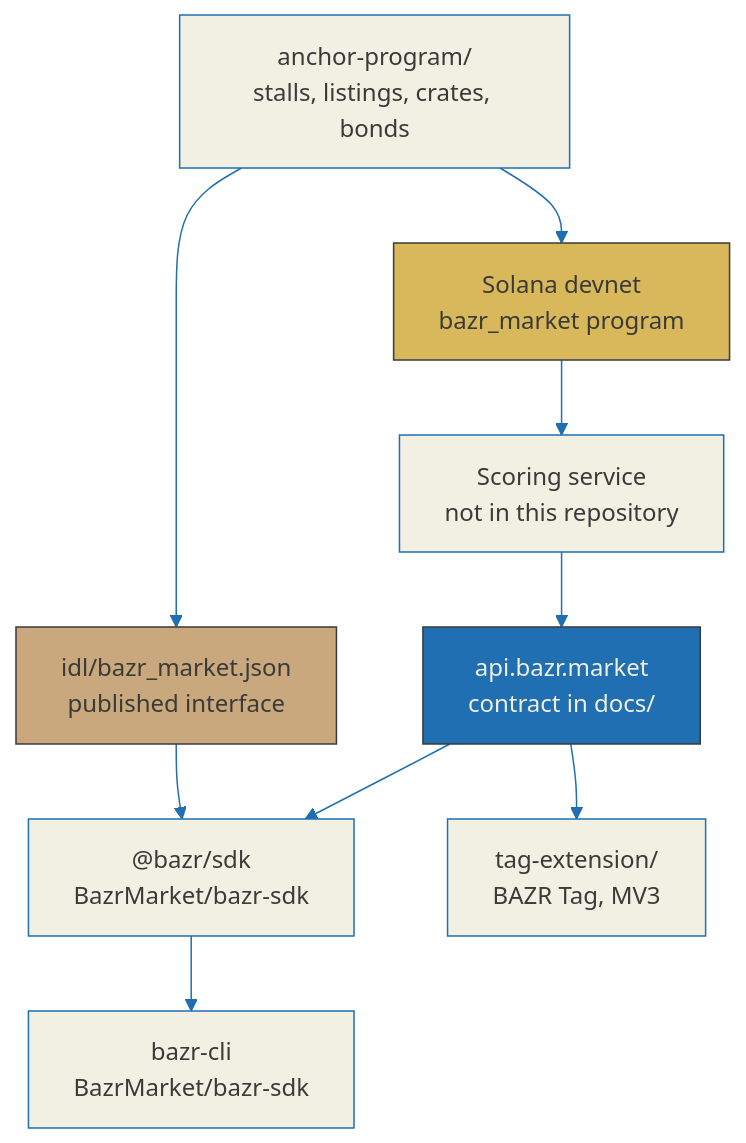
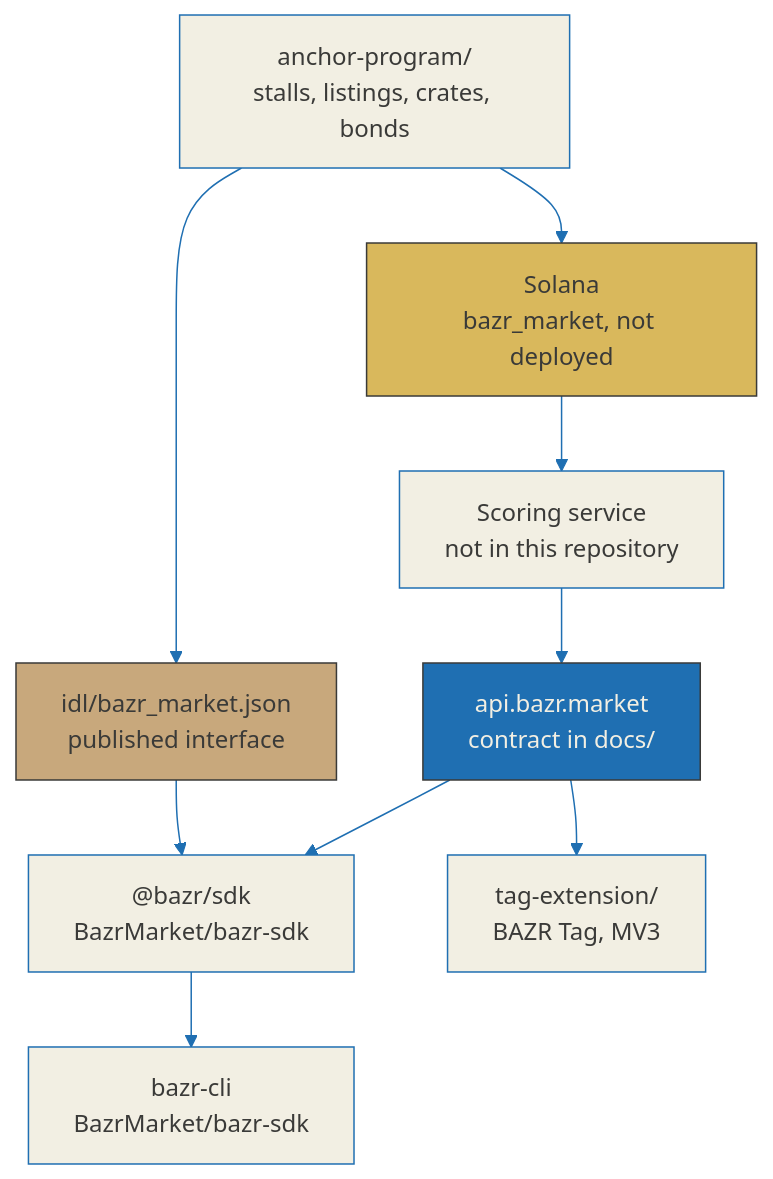
The diagram in README.md (BazrMarket/bazr), drawn with Mermaid before and after one commit. The commit also changed other lines of this file and 5 other files, not shown here.

First line of the commit message:
Say that the program is closed on devnet as well as on mainnet

````diff
--- a/README.md
+++ b/README.md
@@ -172,25 +172,25 @@
 ```mermaid
 %%{init: {'theme': 'base', 'themeVariables': {'primaryColor': '#F2EFE3', 'primaryTextColor': '#3A3A38', 'primaryBorderColor': '#1F6FB2', 'lineColor': '#1F6FB2', 'secondaryColor': '#C8A87C', 'tertiaryColor': '#D9B85C', 'fontFamily': 'monospace'}}}%%
 graph TD
-  CHAIN["Solana devnet<br/>bazr_market program"]
+  CHAIN["Solana<br/>bazr_market, not deployed"]
   PROG["anchor-program/<br/>stalls, listings, crates, bonds"]
   IDL["idl/bazr_market.json<br/>published interface"]
   IDX["Scoring service<br/>not in this repository"]
   API["api.bazr.market<br/>contract in docs/"]
   SDK["@bazr/sdk<br/>BazrMarket/bazr-sdk"]
   EXT["tag-extension/<br/>BAZR Tag, MV3"]
   CLI["bazr-cli<br/>BazrMarket/bazr-sdk"]
 
   PROG --> CHAIN
   PROG --> IDL
   CHAIN --> IDX
   IDX --> API
   API --> SDK
   IDL --> SDK
   SDK --> CLI
   API --> EXT
 
   style API fill:#1F6FB2,stroke:#3A3A38,color:#F2EFE3
   style CHAIN fill:#D9B85C,stroke:#3A3A38,color:#3A3A38
   style IDL fill:#C8A87C,stroke:#3A3A38,color:#3A3A38
 ```
````
